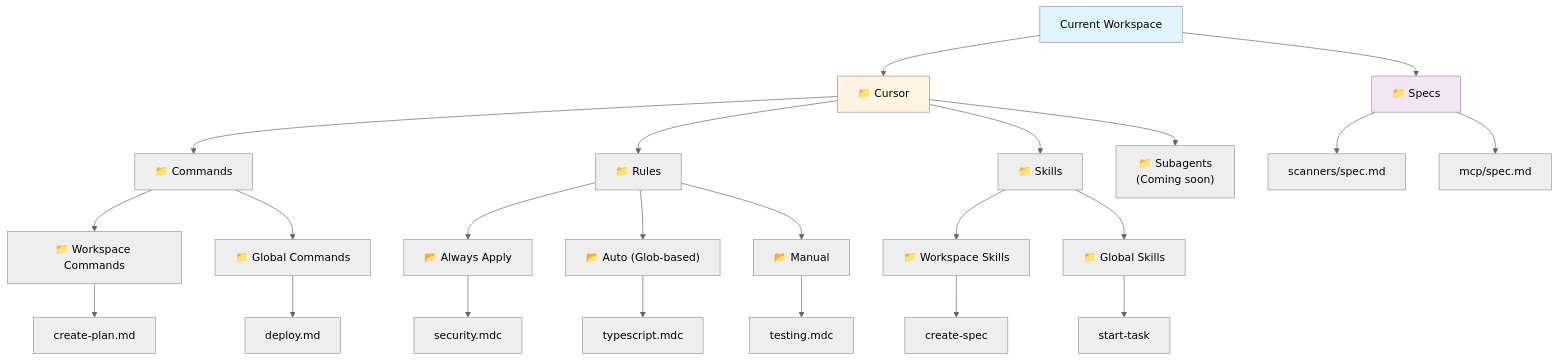
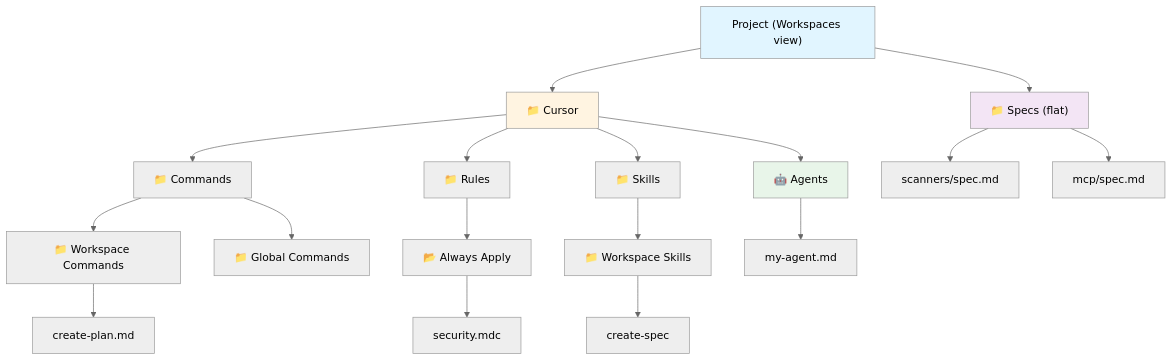
One commit to fancy-bread/agent-context-explorer changed the diagram in specs/providers/spec.md. Above: the diagram before and after it, drawn with Mermaid (neutral theme). The commit also changed other lines of this file and 6 other files, not shown here.

First line of the commit message:
docs: Phase 6 living specs for agents and MCP (FB-123)

````diff
--- a/specs/providers/spec.md
+++ b/specs/providers/spec.md
@@ -23,63 +23,54 @@
 ```mermaid
 graph TB
-    Root["Current Workspace"]
+    Root["Project (Workspaces view)"]
     Cursor["📁 Cursor"]
-    SpecsRoot["📁 Specs"]
+    SpecsRoot["📁 Specs (flat)"]
     
     Commands["📁 Commands"]
     Rules["📁 Rules"]
     Skills["📁 Skills"]
-    Subagents["📁 Subagents<br/>(Coming soon)"]
+    AgentDefs["🤖 Agents"]
     
     CmdWorkspace["📁 Workspace Commands"]
     CmdGlobal["📁 Global Commands"]
     CmdFile1["create-plan.md"]
-    CmdFile2["deploy.md"]
     
     RulesAlways["📂 Always Apply"]
-    RulesAuto["📂 Auto (Glob-based)"]
-    RulesManual["📂 Manual"]
     RuleFile1["security.mdc"]
-    RuleFile2["typescript.mdc"]
-    RuleFile3["testing.mdc"]
     
     SkillsWorkspace["📁 Workspace Skills"]
-    SkillsGlobal["📁 Global Skills"]
     SkillFile1["create-spec"]
-    SkillFile2["start-task"]
+    
+    AgentFile1["my-agent.md"]
     
     SpecFile1["scanners/spec.md"]
     SpecFile2["mcp/spec.md"]
     
     Root --> Cursor
     Root --> SpecsRoot
     
     Cursor --> Commands
     Cursor --> Rules
     Cursor --> Skills
-    Cursor --> Subagents
+    Cursor --> AgentDefs
     
     Commands --> CmdWorkspace
     Commands --> CmdGlobal
     CmdWorkspace --> CmdFile1
-    CmdGlobal --> CmdFile2
     
     Rules --> RulesAlways
-    Rules --> RulesAuto
-    Rules --> RulesManual
     RulesAlways --> RuleFile1
-    RulesAuto --> RuleFile2
-    RulesManual --> RuleFile3
     
     Skills --> SkillsWorkspace
-    Skills --> SkillsGlobal
     SkillsWorkspace --> SkillFile1
-    SkillsGlobal --> SkillFile2
+    
+    AgentDefs --> AgentFile1
     
     SpecsRoot --> SpecFile1
     SpecsRoot --> SpecFile2
     
     style Root fill:#e1f5ff
     style Cursor fill:#fff4e1
     style SpecsRoot fill:#f3e5f5
+    style AgentDefs fill:#e8f5e9
 ```
````
